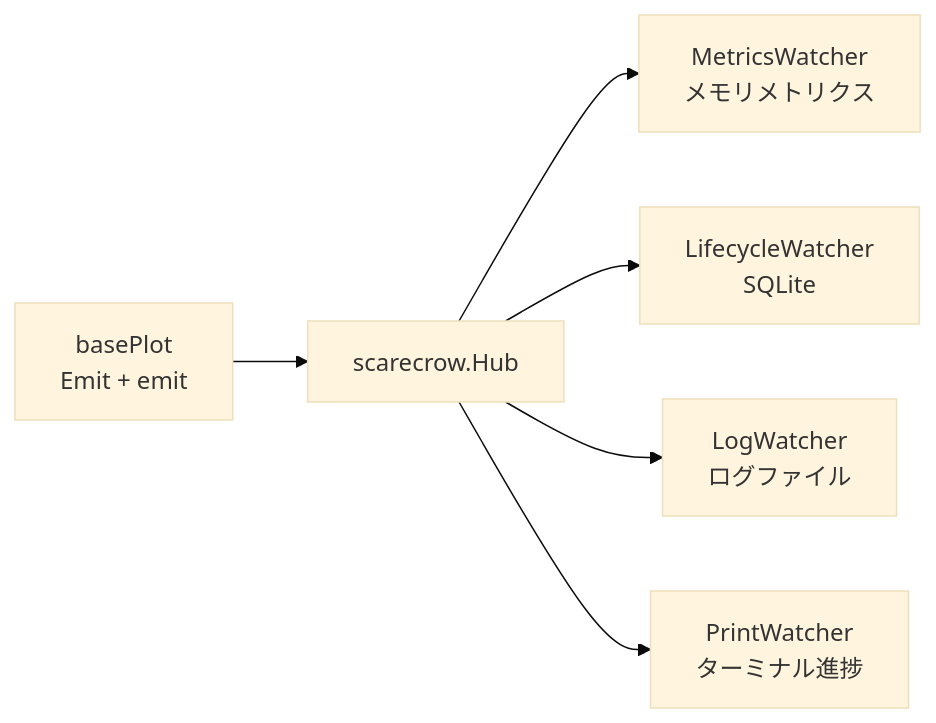
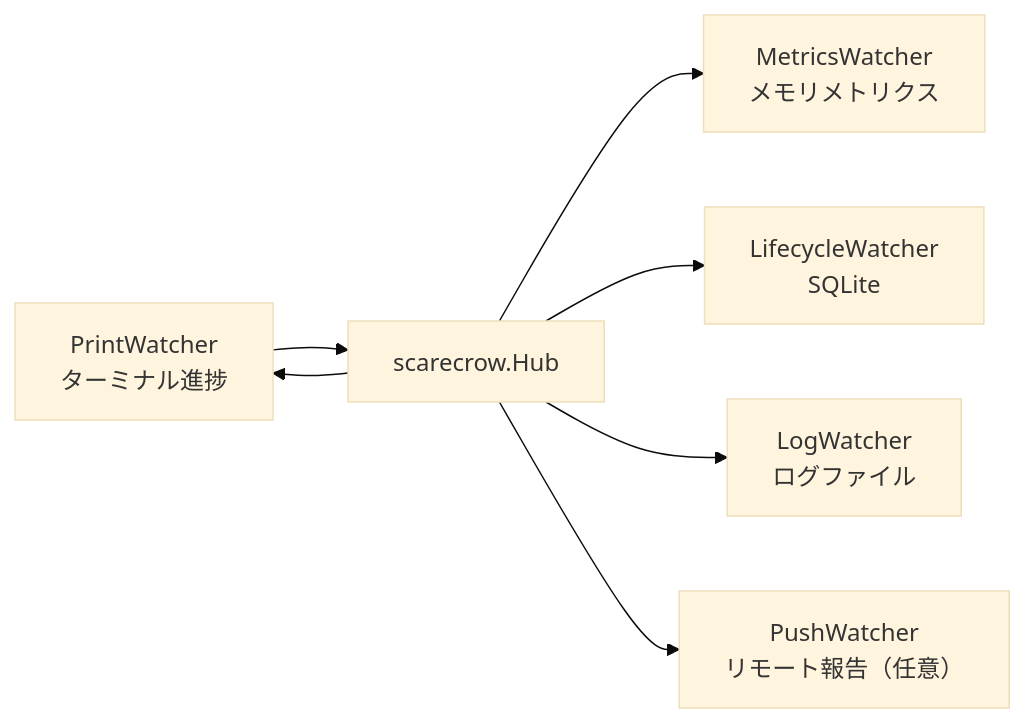
Before and after one commit to Mr-xiaotian/CelestialGrow: the fourth of 4 diagrams in docs/ja/pkg/runtime/event.md, drawn with Mermaid (base theme). The commit also changed other lines of this file and 99 other files, not shown here.

````diff
--- a/docs/ja/pkg/runtime/event.md
+++ b/docs/ja/pkg/runtime/event.md
@@ -174,8 +174,9 @@
 ```mermaid
 flowchart LR
     P["basePlot<br/>Emit + emit"] --> H["scarecrow.Hub"]
     H --> M["MetricsWatcher<br/>メモリメトリクス"]
     H --> L["LifecycleWatcher<br/>SQLite"]
     H --> G["LogWatcher<br/>ログファイル"]
-    H --> R["PrintWatcher<br/>ターミナル進捗"]
+    H --> P["PrintWatcher<br/>ターミナル進捗"]
+    H --> W["PushWatcher<br/>リモート報告（任意）"]
 ```
````
